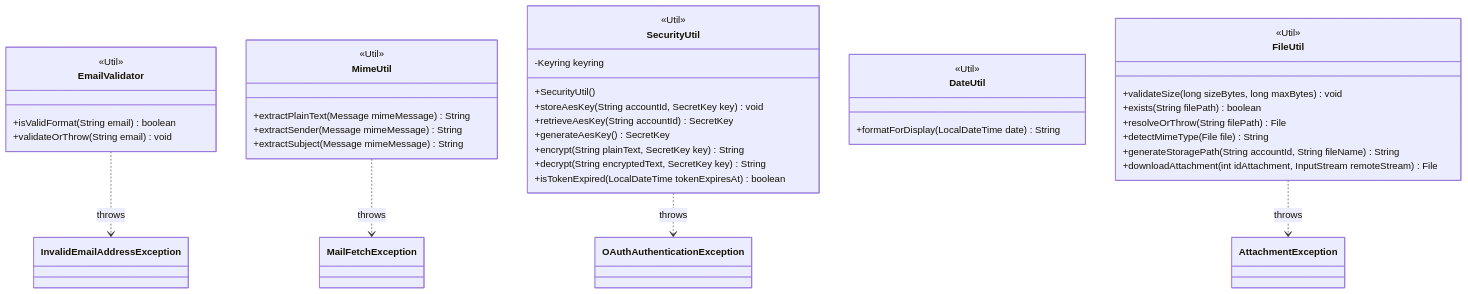
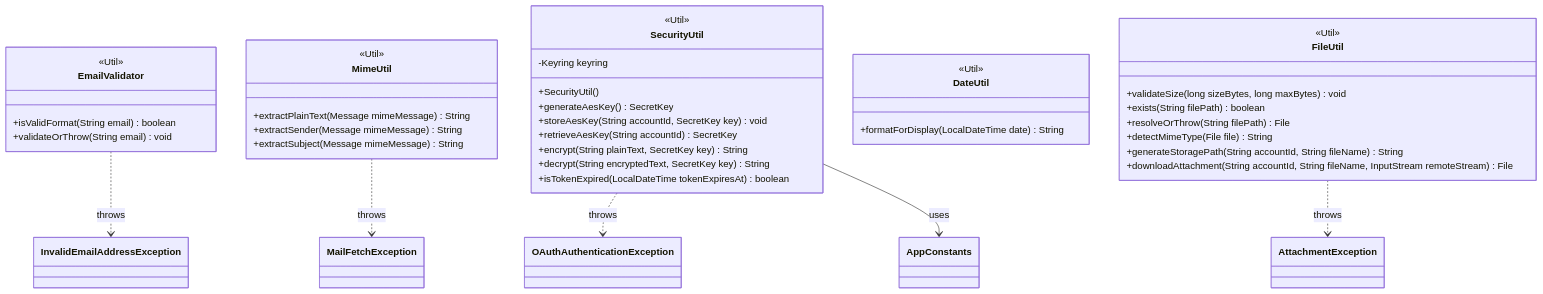
The diagram in docs/diagrams/uml-util.md (JuanPablo72000/evermail), drawn with Mermaid before and after one commit. The commit also changed other lines of this file and 5 other files, not shown here.

````diff
--- a/docs/diagrams/uml-util.md
+++ b/docs/diagrams/uml-util.md
@@ -1,48 +1,51 @@
 ```mermaid
 classDiagram
     class EmailValidator {
         <<Util>>
         +isValidFormat(String email) boolean
         +validateOrThrow(String email) void
     }
 
     class MimeUtil {
         <<Util>>
         +extractPlainText(Message mimeMessage) String
         +extractSender(Message mimeMessage) String
         +extractSubject(Message mimeMessage) String
     }
 
     class SecurityUtil {
         <<Util>>
         -Keyring keyring
         +SecurityUtil()
+        +generateAesKey() SecretKey
         +storeAesKey(String accountId, SecretKey key) void
         +retrieveAesKey(String accountId) SecretKey
-        +generateAesKey() SecretKey
         +encrypt(String plainText, SecretKey key) String
         +decrypt(String encryptedText, SecretKey key) String
         +isTokenExpired(LocalDateTime tokenExpiresAt) boolean
     }
 
     class DateUtil {
         <<Util>>
         +formatForDisplay(LocalDateTime date) String
     }
 
     class FileUtil {
         <<Util>>
         +validateSize(long sizeBytes, long maxBytes) void
         +exists(String filePath) boolean
         +resolveOrThrow(String filePath) File
         +detectMimeType(File file) String
         +generateStoragePath(String accountId, String fileName) String
-        +downloadAttachment(int idAttachment, InputStream remoteStream) File
+        +downloadAttachment(String accountId, String fileName, InputStream remoteStream) File
     }
 
-    %% Dependencies on exceptions (exception package)
+    %% Dependencies towards exception (throws)
     EmailValidator ..> InvalidEmailAddressException : throws
     MimeUtil ..> MailFetchException : throws
     SecurityUtil ..> OAuthAuthenticationException : throws
     FileUtil ..> AttachmentException : throws
+
+    %% Dependencies towards config
+    SecurityUtil --> AppConstants : uses
 ```
````
